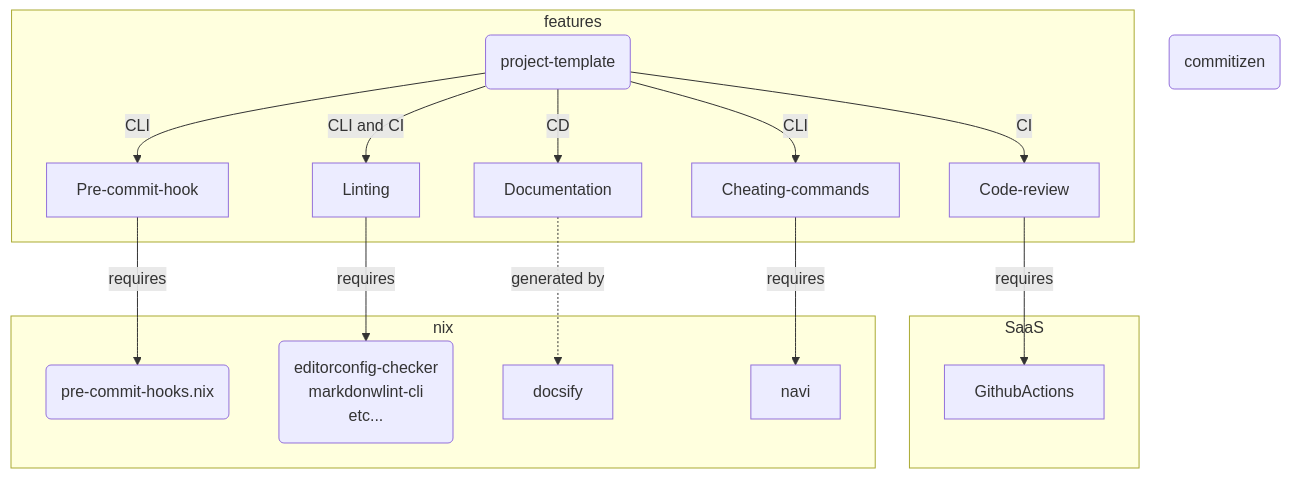
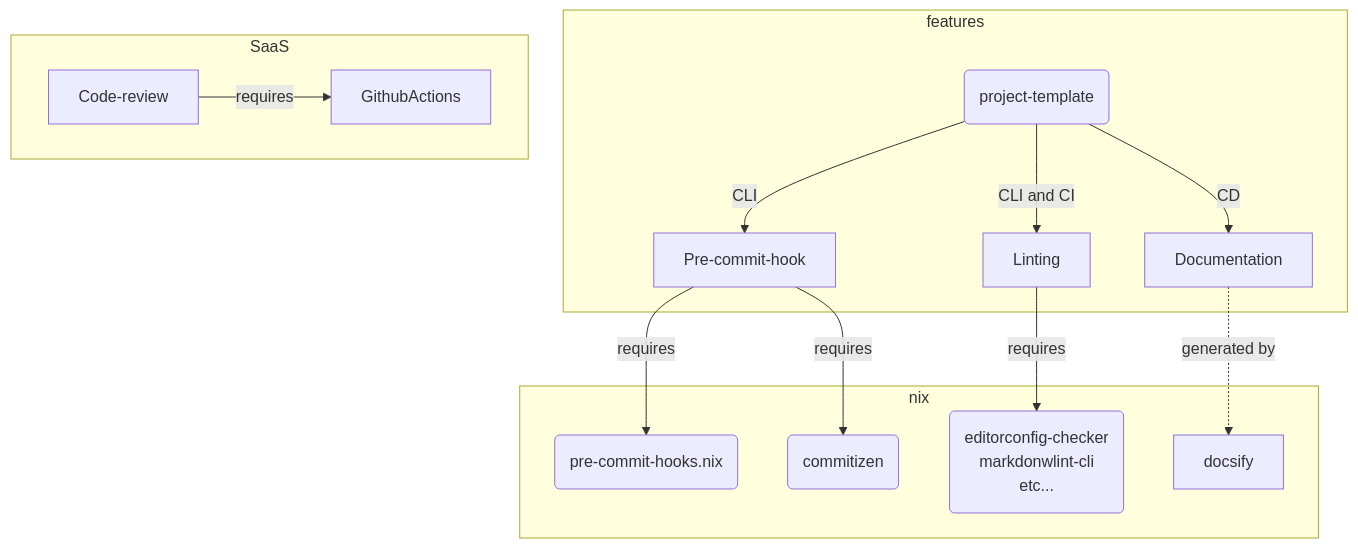
One commit to Torimune29/rust-project-template changed the diagram in README.md. Above: the diagram before and after it, drawn with Mermaid. The commit also changed other lines of this file and 3 other files, not shown here.

````diff
--- a/README.md
+++ b/README.md
@@ -41,24 +41,22 @@
 ```mermaid
 flowchart TB
     repo(project-template)
     precommit(pre-commit-hooks.nix)
     commit(commitizen)
     lint(editorconfig-checker<br>markdonwlint-cli<br>etc...)
     repo
     subgraph features
         repo --CLI--> Pre-commit-hook
-        repo --CLI--> Cheating-commands
         repo --CLI and CI--> Linting
-        repo --CI--> Code-review
         repo --CD--> Documentation
     end
     subgraph SaaS
         Code-review --requires--> GithubActions
     end
     subgraph nix
         Pre-commit-hook --requires --> precommit
+        Pre-commit-hook --requires --> commit
         Linting --requires--> lint
         Documentation -.generated by.-> docsify
-        Cheating-commands --requires--> navi
     end
 ```
````
